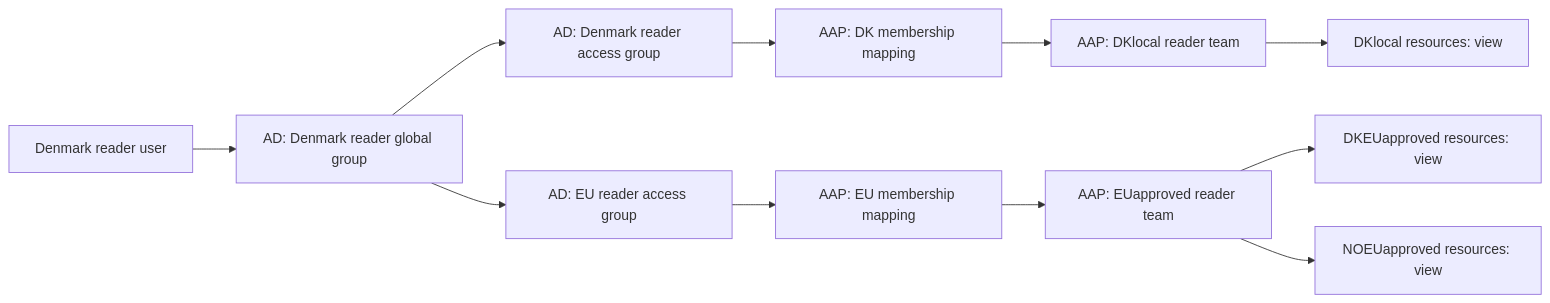
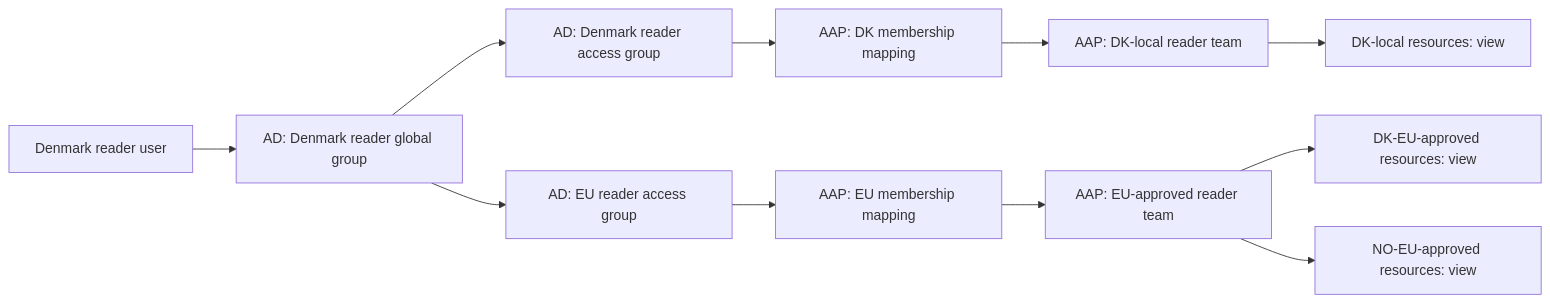
The diagram in docs/active-directory-demo-guide.md (kvegh/disconnected-windows-patching), drawn with Mermaid before and after one commit. The commit also changed other lines of this file and 7 other files, not shown here.

````diff
--- a/docs/active-directory-demo-guide.md
+++ b/docs/active-directory-demo-guide.md
@@ -97,13 +117,13 @@
 ```mermaid
 flowchart LR
     U[Denmark reader user] --> G[AD: Denmark reader global group]
     G --> D[AD: Denmark reader access group]
     G --> E[AD: EU reader access group]
     D --> M1[AAP: DK membership mapping]
     E --> M2[AAP: EU membership mapping]
-    M1 --> T1[AAP: DKlocal reader team]
-    M2 --> T2[AAP: EUapproved reader team]
-    T1 --> R1[DKlocal resources: view]
-    T2 --> R2[DKEUapproved resources: view]
-    T2 --> R3[NOEUapproved resources: view]
+    M1 --> T1[AAP: DK-local reader team]
+    M2 --> T2[AAP: EU-approved reader team]
+    T1 --> R1[DK-local resources: view]
+    T2 --> R2[DK-EU-approved resources: view]
+    T2 --> R3[NO-EU-approved resources: view]
 ```
````
